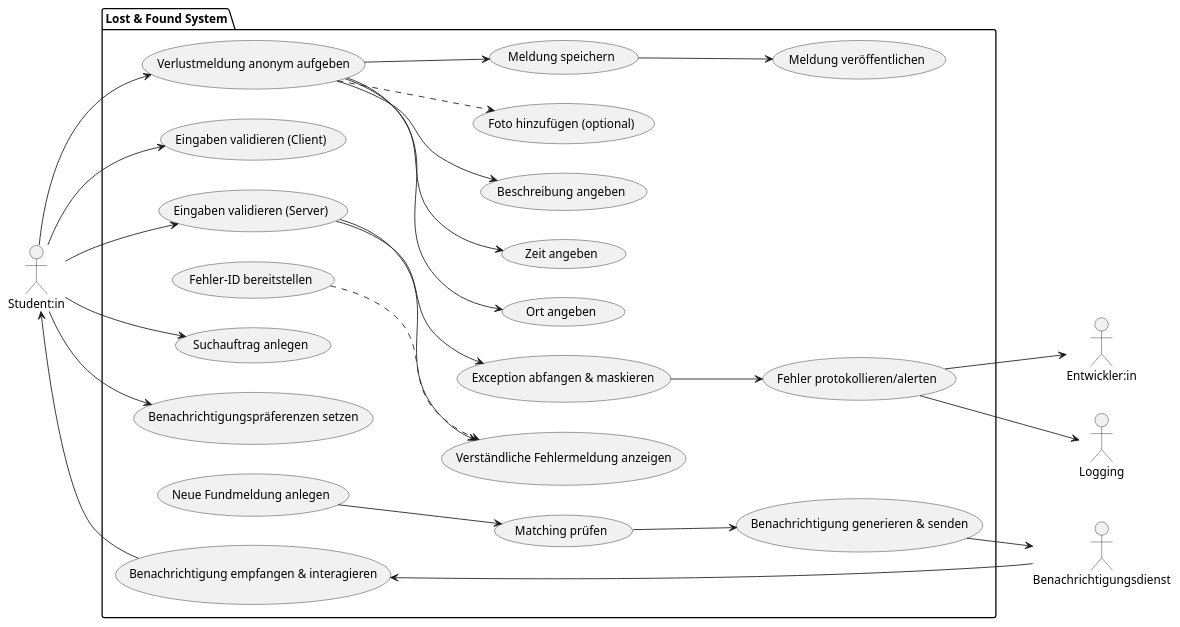
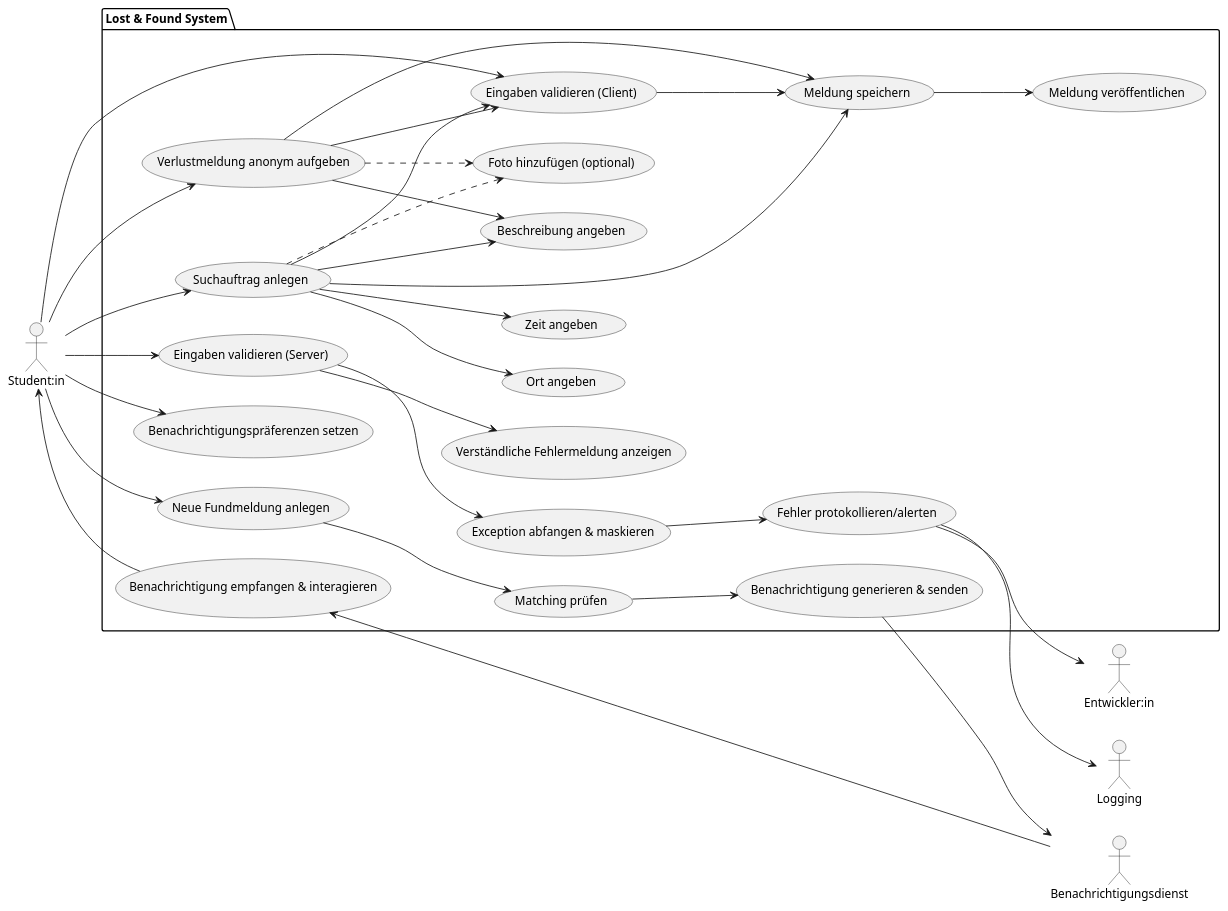
Before and after one commit to Tom0603/SoftwareEngineering_Lecture: the diagram in docs/architecture/use-case-user-stories.puml, drawn with PlantUML.

Commit message:
Update use case

```diff
--- a/docs/architecture/use-case-user-stories.puml
+++ b/docs/architecture/use-case-user-stories.puml
@@ -1,59 +1,65 @@
 @startuml
 
 left to right direction
 
 actor "Student:in" as stud
 actor "Entwickler:in" as dev
 actor "Logging" as log
 actor "Benachrichtigungsdienst" as notif
 
 package "Lost & Found System" {
   usecase "Verlustmeldung anonym aufgeben" as UC11
   usecase "Ort angeben" as UC12
   usecase "Zeit angeben" as UC13
   usecase "Beschreibung angeben" as UC14
   usecase "Foto hinzufügen (optional)" as UC15
   usecase "Meldung speichern" as UC16
   usecase "Meldung veröffentlichen" as UC17
 
   usecase "Eingaben validieren (Client)" as UC21
   usecase "Eingaben validieren (Server)" as UC22
   usecase "Verständliche Fehlermeldung anzeigen" as UC23
   usecase "Exception abfangen & maskieren" as UC24
   usecase "Fehler protokollieren/alerten" as UC25
-  usecase "Fehler-ID bereitstellen" as UC26
 
   usecase "Suchauftrag anlegen" as UC31
   usecase "Benachrichtigungspräferenzen setzen" as UC32
   usecase "Neue Fundmeldung anlegen" as UC33
   usecase "Matching prüfen" as UC34
   usecase "Benachrichtigung generieren & senden" as UC35
   usecase "Benachrichtigung empfangen & interagieren" as UC36
 }
 
 stud --> UC11
-UC11 --> UC12
-UC11 --> UC13
 UC11 --> UC14
 UC11 ..> UC15
 UC11 --> UC16
+UC11 --> UC21
+UC21 --> UC16
 UC16 --> UC17
+
+stud --> UC31
+UC31 --> UC12
+UC31 --> UC13
+UC31 --> UC14
+UC31 ..> UC15
+UC31 --> UC16
+UC31 --> UC21
+
+stud --> UC32
+stud --> UC33
+UC33 --> UC34
+UC34 --> UC35
+UC35 --> notif
+notif --> UC36
+UC36 --> stud
 
 stud --> UC21
 stud --> UC22
 UC22 --> UC23
 UC22 --> UC24
 UC24 --> UC25
 UC25 --> log
-UC26 ..> UC23
 UC25 --> dev
 
-stud --> UC31
-stud --> UC32
-UC33 --> UC34
-UC34 --> UC35
-UC35 --> notif
-notif --> UC36
-UC36 --> stud
-
 @enduml
```
